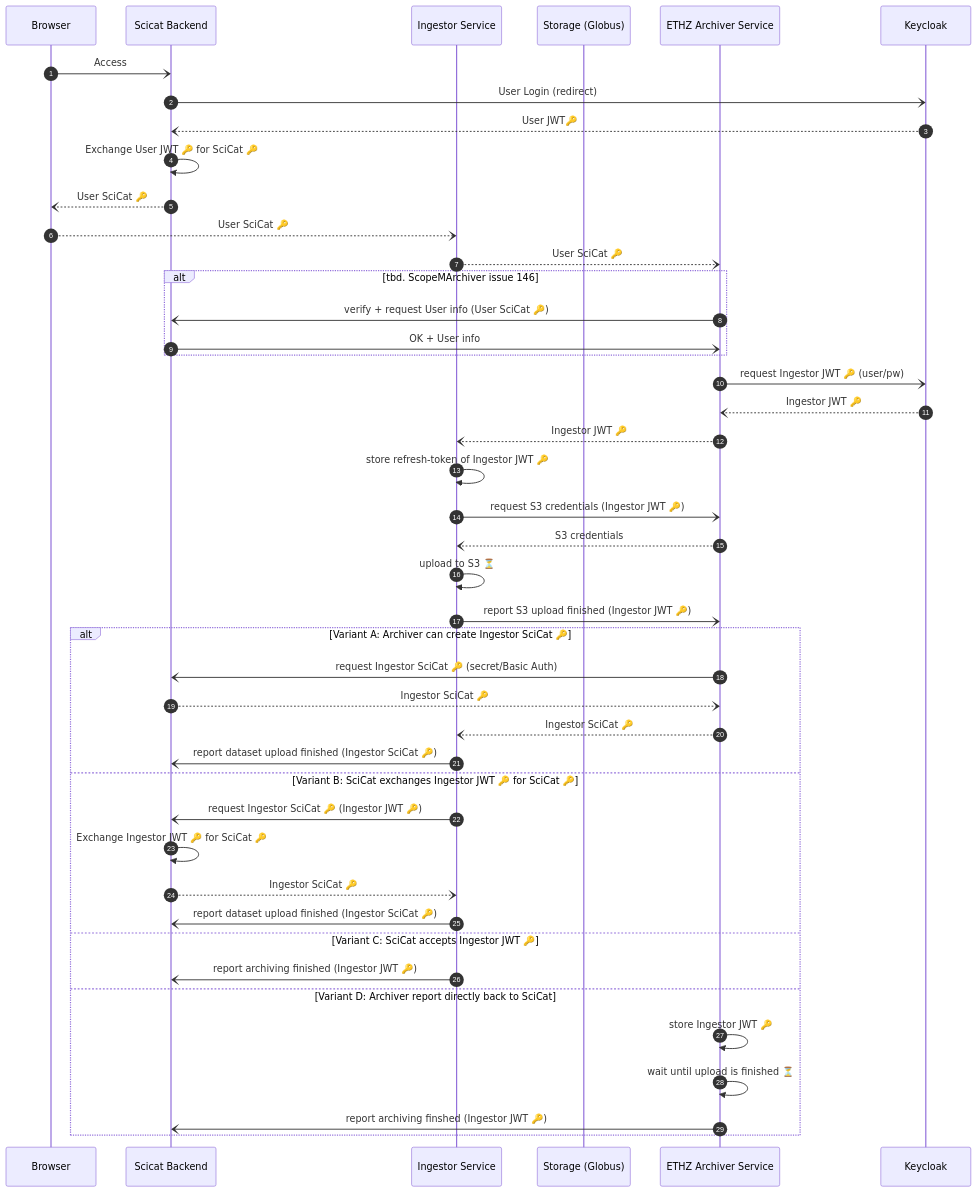
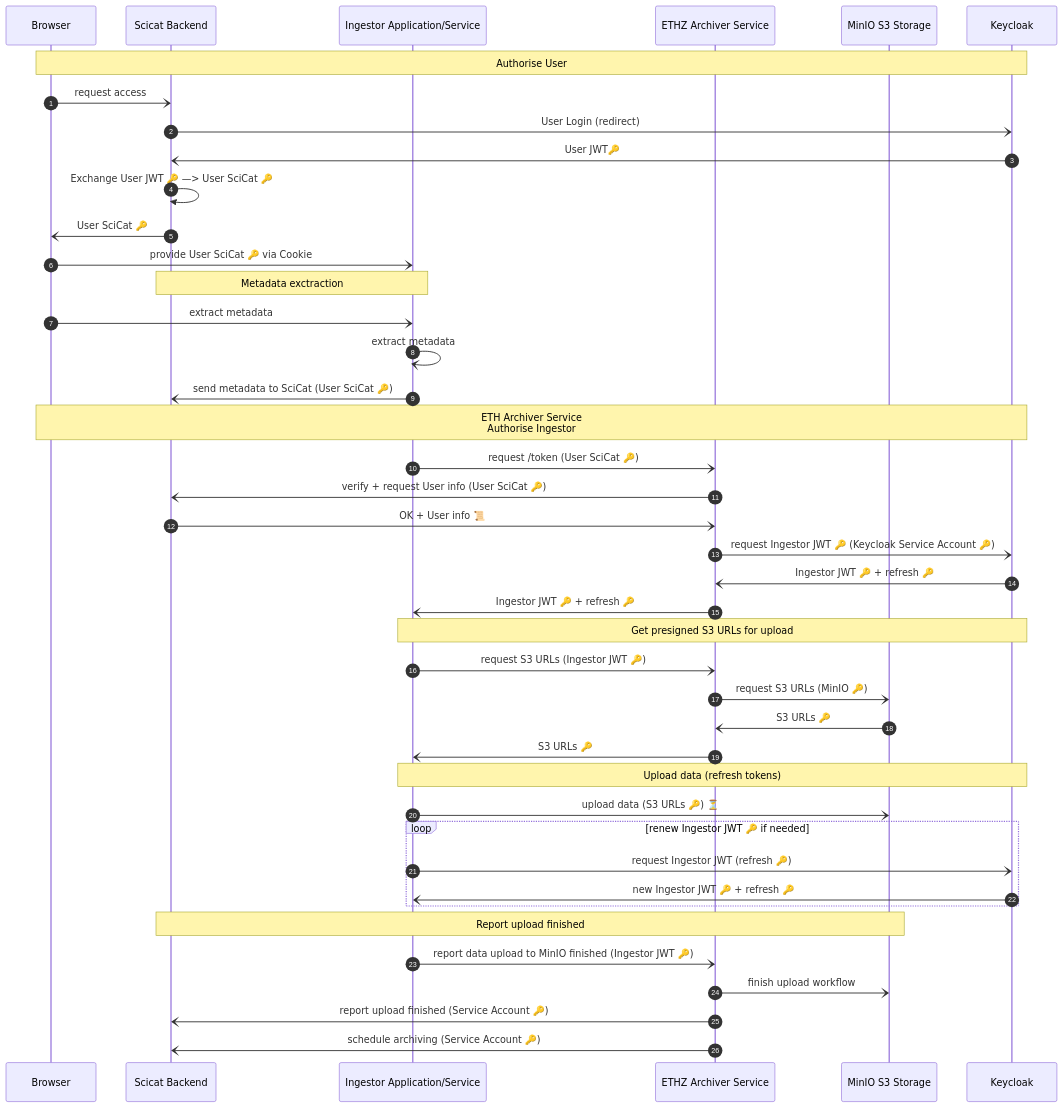
Before and after one commit to SwissOpenEM/Ingestor: the third of 3 diagrams in auth.md, drawn with Mermaid. The commit also changed other lines of this file, not shown here.

Commit message:
feat: add ETH Archive Service diagram

````diff
--- a/auth.md
+++ b/auth.md
@@ -169,49 +189,53 @@
 ```mermaid
 sequenceDiagram
   autonumber
   participant B as Browser
   participant S as Scicat Backend
-  participant I as Ingestor Service
-  participant G as Storage (Globus)
+  participant I as Ingestor Application/Service
   participant A as ETHZ Archiver Service
+  participant M as MinIO S3 Storage
   participant K as Keycloak
 
-  B -) S: Access
+  Note over B, K: Authorise User
+  B -) S: request access
   S -) K: User Login (redirect)
-  K --) S: User JWT🔑
-  S ->> S: Exchange User JWT 🔑 for SciCat 🔑
-  S --) B: User SciCat 🔑
-  B --) I: User SciCat 🔑
-  I --) A: User SciCat 🔑
-  alt tbd. ScopeMArchiver issue 146
-    A -) S: verify + request User info (User SciCat 🔑)
-    S -) A: OK + User info
-  end
-  A -) K: request Ingestor JWT 🔑 (user/pw)
-  K --) A: Ingestor JWT 🔑
-  A --) I: Ingestor JWT 🔑
-  I ->> I: store refresh-token of Ingestor JWT 🔑
-  I -) A: request S3 credentials (Ingestor JWT 🔑)
-  A --) I: S3 credentials
-  I ->> I: upload to S3 ⏳
-  I -) A: report S3 upload finished (Ingestor JWT 🔑)
+  K -) S: User JWT🔑
+  S ->> S: Exchange User JWT 🔑 —> User SciCat 🔑
+  S -) B: User SciCat 🔑
+  B -) I: provide User SciCat 🔑 via Cookie
 
-  alt Variant A: Archiver can create Ingestor SciCat 🔑
-    A -) S: request Ingestor SciCat 🔑 (secret/Basic Auth)
-    S --) A: Ingestor SciCat 🔑
-    A --) I: Ingestor SciCat 🔑
-    I -) S: report dataset upload finished (Ingestor SciCat 🔑)
-  else Variant B: SciCat exchanges Ingestor JWT 🔑 for SciCat 🔑
-    I -) S: request Ingestor SciCat 🔑 (Ingestor JWT 🔑)
-    S ->> S: Exchange Ingestor JWT 🔑 for SciCat 🔑
-    S --) I: Ingestor SciCat 🔑
-    I -) S: report dataset upload finished (Ingestor SciCat 🔑)
-  else Variant C: SciCat accepts Ingestor JWT 🔑
-    I -) S: report archiving finished (Ingestor JWT 🔑)
-  else Variant D: Archiver report directly back to SciCat
-    A ->> A: store Ingestor JWT 🔑
-    A ->> A: wait until upload is finished ⏳
-    A -) S: report archiving finshed (Ingestor JWT 🔑)
+  Note over S, I: Metadata exctraction
+  B -) I: extract metadata
+  I -) I: extract metadata
+  I -) S: send metadata to SciCat (User SciCat 🔑)
+
+  Note over B, K: ETH Archiver Service<br/>Authorise Ingestor
+  I -) A: request /token (User SciCat 🔑)
+  A -) S: verify + request User info (User SciCat 🔑)
+  S -) A: OK + User info 📜
+  A -) K: request Ingestor JWT 🔑 (Keycloak Service Account 🔑)
+  K -) A: Ingestor JWT 🔑 + refresh 🔑
+  A -) I: Ingestor JWT 🔑 + refresh 🔑
+
+
+  Note over I, K: Get presigned S3 URLs for upload
+  I -) A: request S3 URLs (Ingestor JWT 🔑)
+  A -) M: request S3 URLs (MinIO 🔑)
+  M -) A: S3 URLs 🔑
+  A -) I: S3 URLs 🔑
+
+  Note over I, K: Upload data (refresh tokens)
+  I -) M: upload data (S3 URLs 🔑) ⏳
+  loop renew Ingestor JWT 🔑 if needed
+    I -) K: request Ingestor JWT (refresh 🔑)
+    K -) I: new Ingestor JWT 🔑 + refresh 🔑
   end
 
+  Note over S, M: Report upload finished
+
+  I -) A: report data upload to MinIO finished (Ingestor JWT 🔑)
+  A -) M: finish upload workflow
+  A -) S: report upload finished (Service Account 🔑)
+  A -) S: schedule archiving (Service Account 🔑)
+
 ```
````
